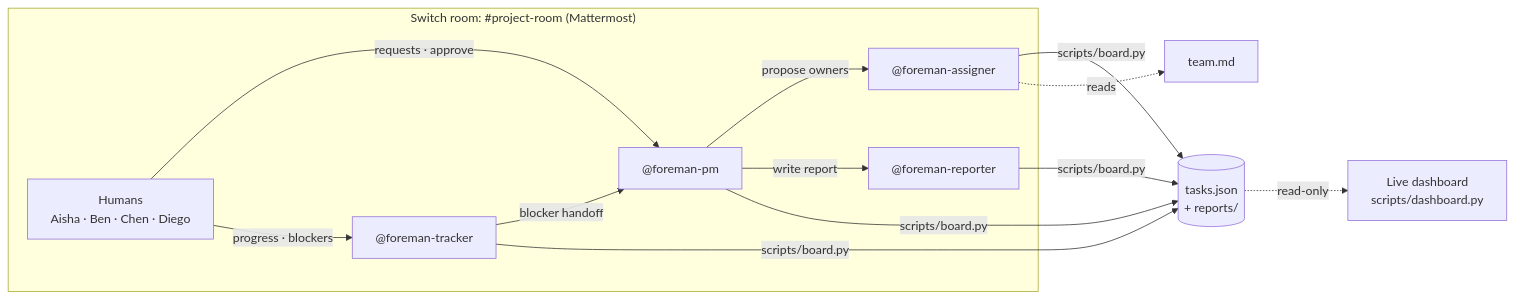
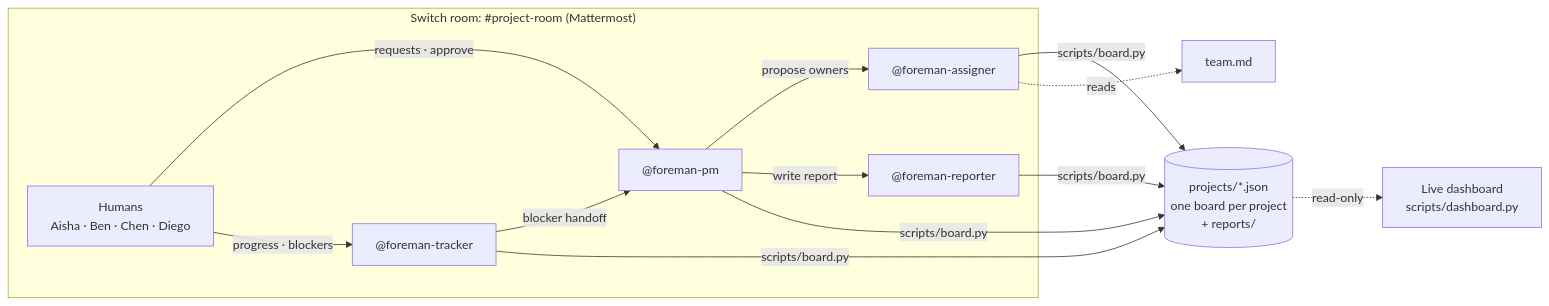
The diagram in README.md (akshith-07/foreman-ai-pm), drawn with Mermaid before and after one commit. The commit also changed other lines of this file and 16 other files, not shown here.

First line of the commit message:
Multi-project Foreman: create and manage many projects from chat

````diff
--- a/README.md
+++ b/README.md
@@ -58,18 +61,18 @@
 ```mermaid
 flowchart LR
   subgraph Room["Switch room: #project-room (Mattermost)"]
     H["Humans<br/>Aisha · Ben · Chen · Diego"]
     PM["@foreman-pm"]
     AS["@foreman-assigner"]
     TR["@foreman-tracker"]
     RP["@foreman-reporter"]
   end
   H -- "requests · approve" --> PM
   H -- "progress · blockers" --> TR
   PM -- "propose owners" --> AS
   TR -- "blocker handoff" --> PM
   PM -- "write report" --> RP
-  PM & AS & TR & RP -- "scripts/board.py" --> B[("tasks.json<br/>+ reports/")]
+  PM & AS & TR & RP -- "scripts/board.py" --> B[("projects/*.json<br/>one board per project<br/>+ reports/")]
   B -. "read-only" .-> D["Live dashboard<br/>scripts/dashboard.py"]
   AS -. reads .-> T["team.md"]
 ```
````
